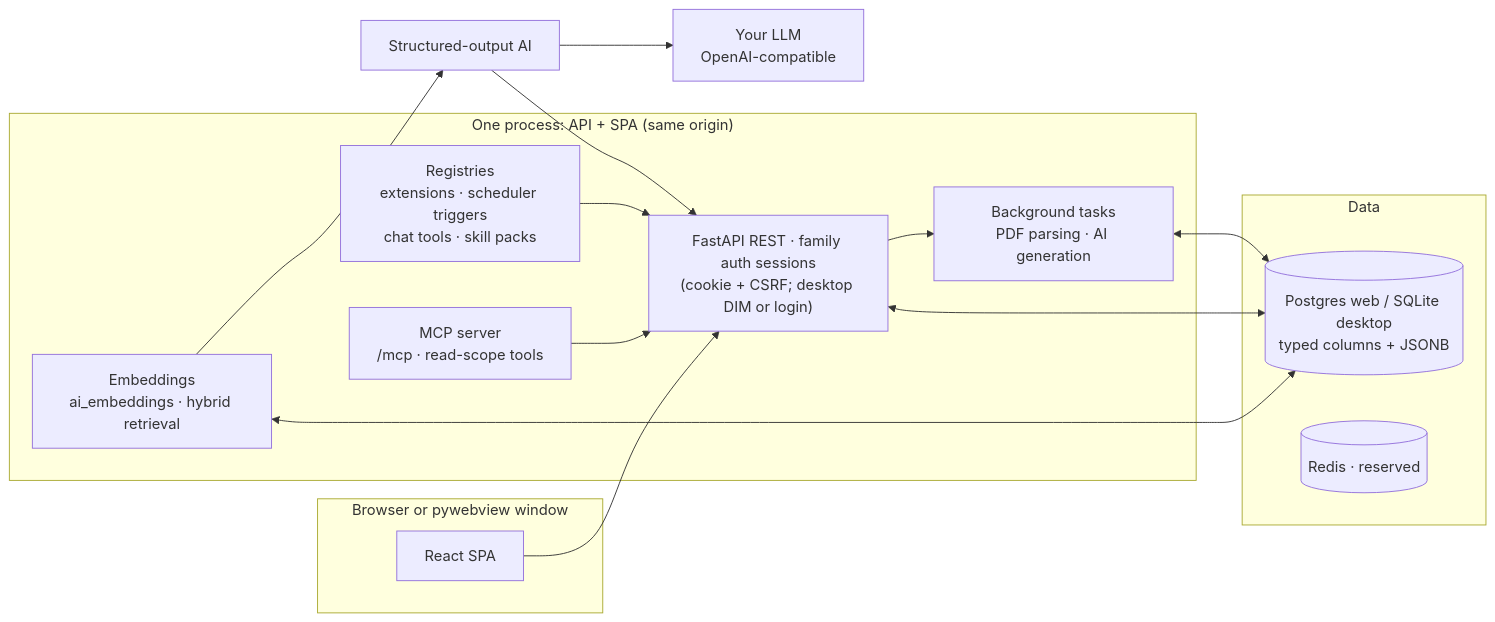
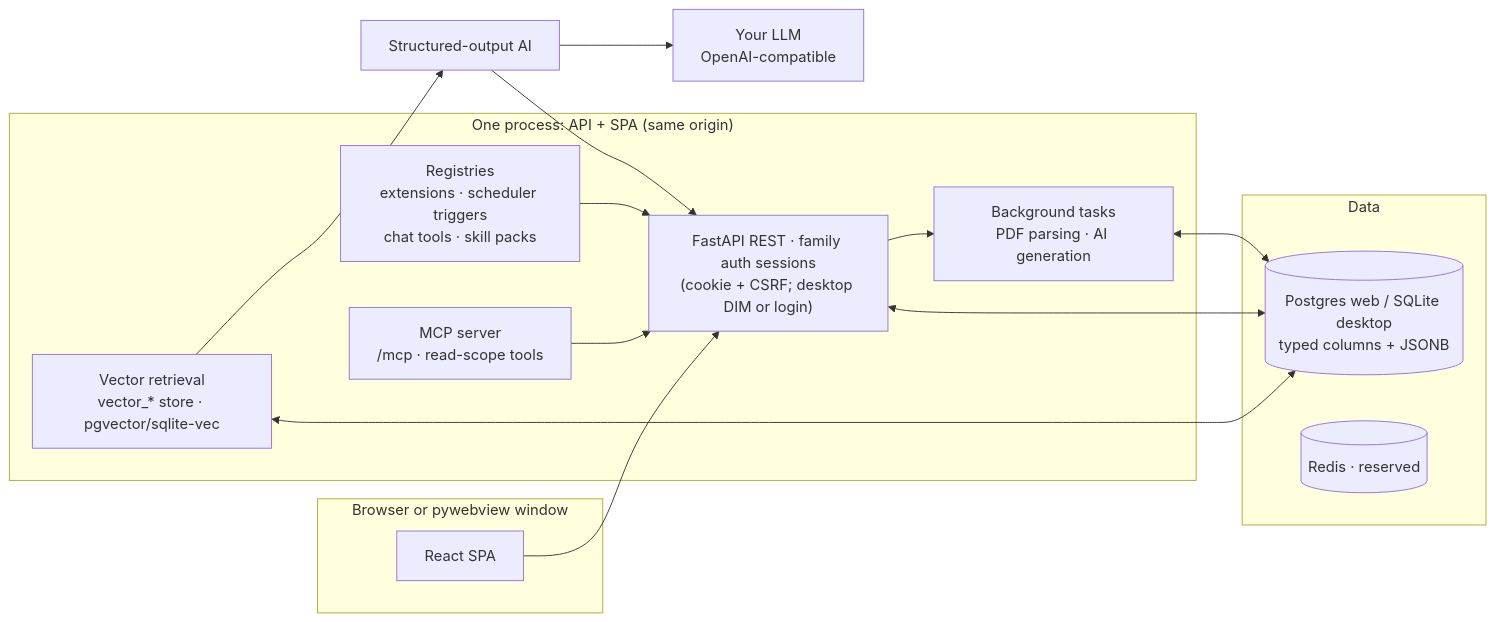
One commit to neuronection/career-assistant changed the diagram in docs/dev/architecture.md. Above: the diagram before and after it, drawn with Mermaid. The commit also changed other lines of this file and 12 other files, not shown here.

First line of the commit message:
docs(retrieval): document the store cutover, reconcile and coverage

````diff
--- a/docs/dev/architecture.md
+++ b/docs/dev/architecture.md
@@ -27,29 +27,29 @@
 ```mermaid
 flowchart LR
     subgraph Client["Browser or pywebview window"]
         FE[React SPA]
     end
     subgraph Server["One process: API + SPA (same origin)"]
         API["FastAPI REST · family auth sessions<br/>(cookie + CSRF; desktop DIM or login)"]
         BG[Background tasks<br/>PDF parsing · AI generation]
         REG[Registries<br/>extensions · scheduler triggers<br/>chat tools · skill packs]
         MCP[MCP server<br/>/mcp · read-scope tools]
-        EMB[Embeddings<br/>ai_embeddings · hybrid retrieval]
+        EMB[Vector retrieval<br/>vector_* store · pgvector/sqlite-vec]
     end
     subgraph Data
         DB[(Postgres web / SQLite desktop<br/>typed columns + JSONB)]
         RQ[(Redis · reserved)]
     end
     LLM[Your LLM<br/>OpenAI-compatible]
 
     FE --> API
     API <--> DB
     API --> BG
     BG <--> DB
     REG --> API
     AG[Structured-output AI] --> LLM
     AG --> API
     MCP --> API
     EMB <--> DB
     EMB --> AG
 ```
````
